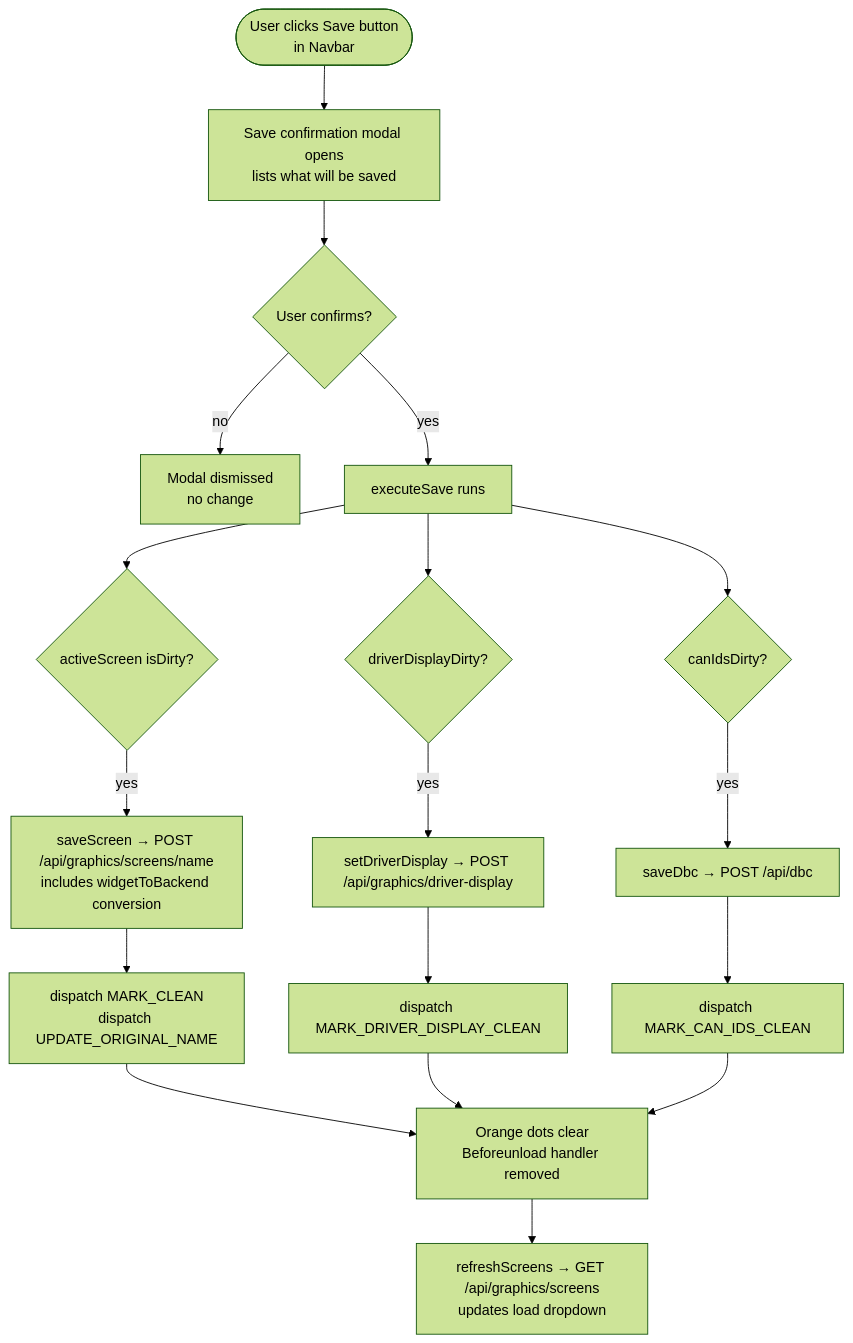
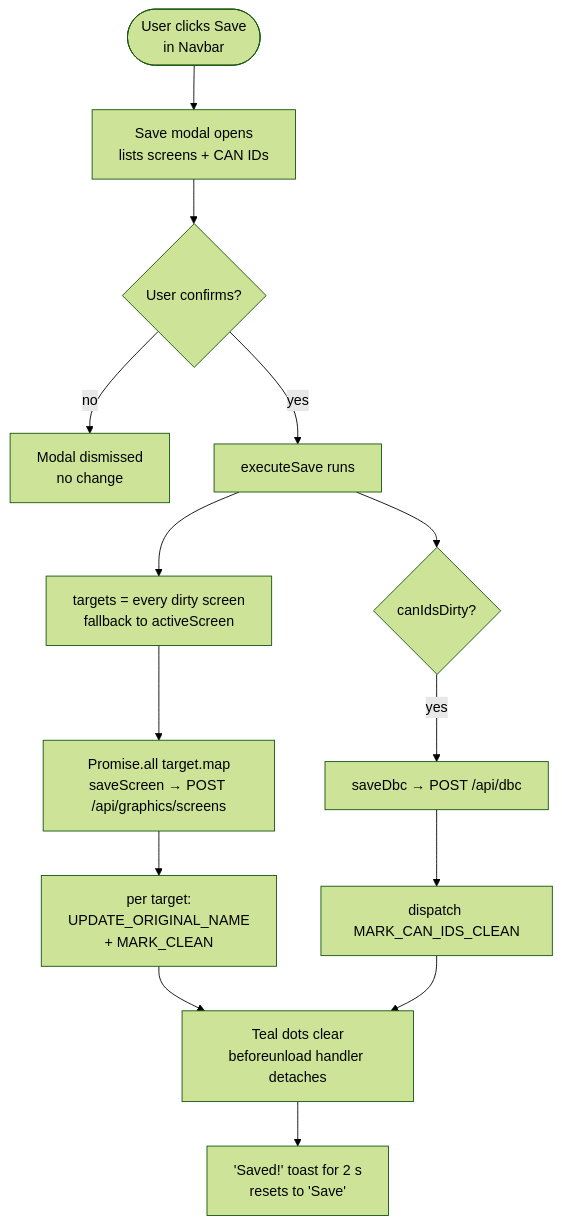
One commit to evilspoon13/track-web changed the fourth of 7 diagrams in documentation/user-flows.md. Above: the diagram before and after it, drawn with Mermaid (forest theme). The commit also changed other lines of this file and 36 other files, not shown here.

````diff
--- a/documentation/user-flows.md
+++ b/documentation/user-flows.md
@@ -78,25 +90,21 @@
 ```mermaid
 flowchart TD
-    A([User clicks Save button\nin Navbar]) --> B[Save confirmation modal opens\nlists what will be saved]
+    A([User clicks Save\nin Navbar]) --> B[Save modal opens\nlists screens + CAN IDs]
     B --> C{User confirms?}
     C -- no --> D[Modal dismissed\nno change]
     C -- yes --> E[executeSave runs]
 
-    E --> F{activeScreen isDirty?}
-    F -- yes --> G[saveScreen → POST /api/graphics/screens/name\nincludes widgetToBackend conversion]
-    G --> H[dispatch MARK_CLEAN\ndispatch UPDATE_ORIGINAL_NAME]
+    E --> F[targets = every dirty screen\nfallback to activeScreen]
 
-    E --> I{driverDisplayDirty?}
-    I -- yes --> J[setDriverDisplay → POST /api/graphics/driver-display]
-    J --> K[dispatch MARK_DRIVER_DISPLAY_CLEAN]
+    F --> G[Promise.all target.map\nsaveScreen → POST /api/graphics/screens]
+    G --> H[per target:\nUPDATE_ORIGINAL_NAME\n+ MARK_CLEAN]
 
-    E --> L{canIdsDirty?}
-    L -- yes --> M[saveDbc → POST /api/dbc]
-    M --> N[dispatch MARK_CAN_IDS_CLEAN]
+    E --> I{canIdsDirty?}
+    I -- yes --> J[saveDbc → POST /api/dbc]
+    J --> K[dispatch MARK_CAN_IDS_CLEAN]
 
-    H --> O[Orange dots clear\nBeforeunload handler removed]
-    K --> O
-    N --> O
+    H --> L[Teal dots clear\nbeforeunload handler detaches]
+    K --> L
 
-    O --> P[refreshScreens → GET /api/graphics/screens\nupdates load dropdown]
+    L --> M["'Saved!' toast for 2 s<br/>resets to 'Save'"]
 ```
````
